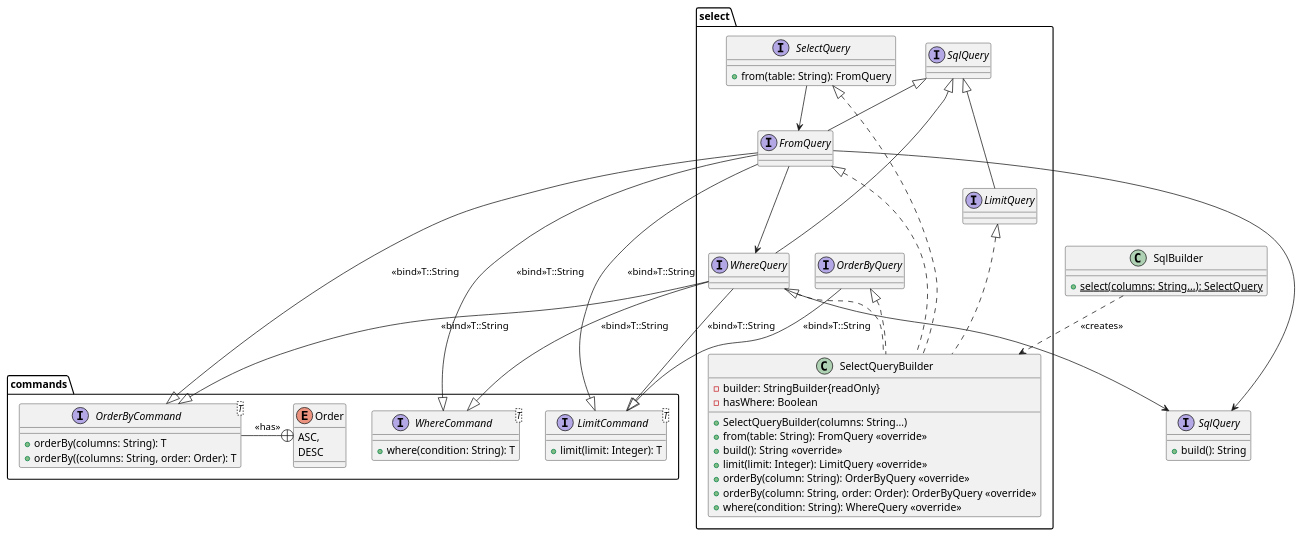
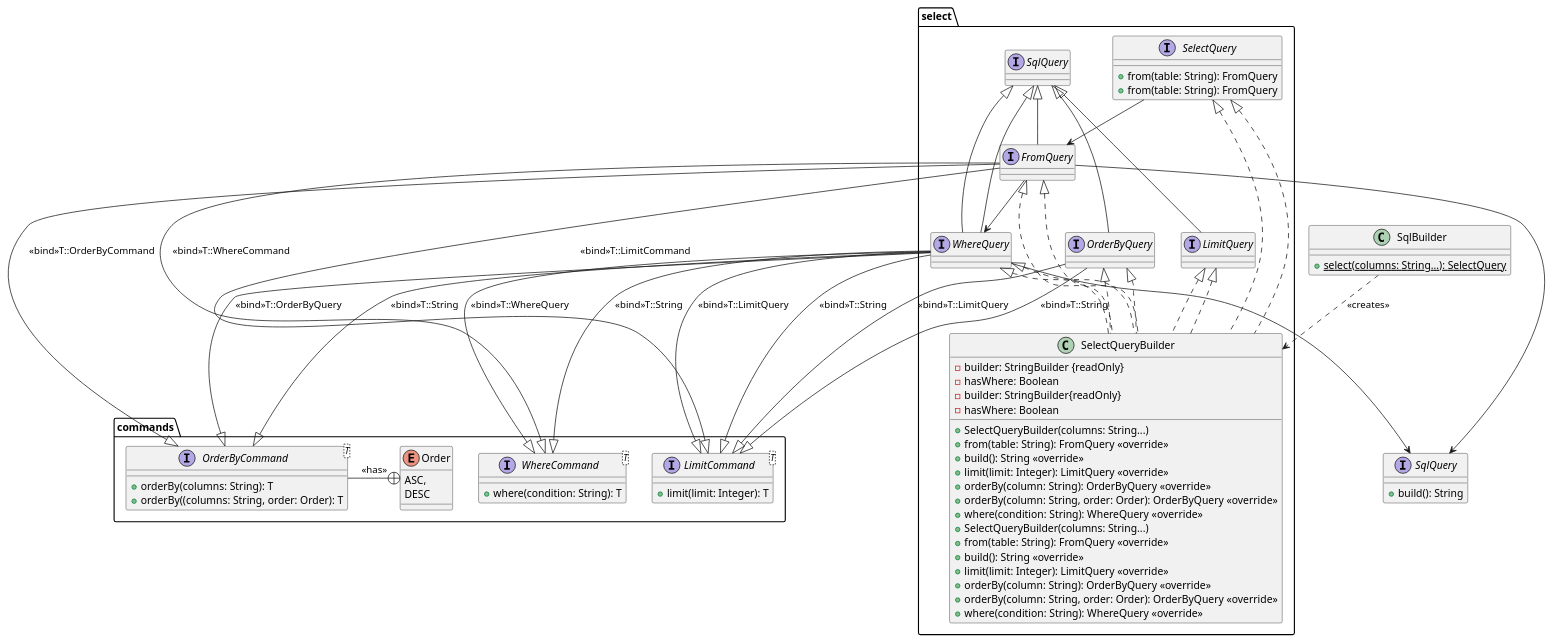
One commit to RedSkyi/SqlBuilder changed the diagram in uml/class.puml. Above: the diagram before and after it, drawn with PlantUML.

Commit message:
Reorder declarations and fix binds in diagram

```diff
--- a/uml/class.puml
+++ b/uml/class.puml
@@ -1,77 +1,103 @@
 @startuml
 
 
 'https://plantuml.com/class-diagram
 
 package commands {
 
     interface WhereCommand<T> {
        +where(condition: String): T
     }
 
     interface LimitCommand<T>{
         +limit(limit: Integer): T
     }
 
     interface OrderByCommand<T> {
         +orderBy(columns: String): T
         +orderBy((columns: String, order: Order): T
     }
     OrderByCommand -+ Order : <<has>>
 
     enum Order {
         ASC,
         DESC
     }
 }
 
 package select {
-    FromQuery --|> WhereCommand : <<bind>>T::String
-    FromQuery --|> OrderByCommand : <<bind>>T::String
-    FromQuery --|> LimitCommand : <<bind>>T::String
+    class SelectQueryBuilder implements SelectQuery, FromQuery, LimitQuery, OrderByQuery, WhereQuery {
+        -builder: StringBuilder {readOnly}
+        -hasWhere: Boolean
+        +SelectQueryBuilder(columns: String...)
+        +from(table: String): FromQuery <<override>>
+        +build(): String <<override>>
+        +limit(limit: Integer): LimitQuery <<override>>
+        +orderBy(column: String): OrderByQuery <<override>>
+        +orderBy(column: String, order: Order): OrderByQuery <<override>>
+        +where(condition: String): WhereQuery <<override>>
+    }
+
+    interface SelectQuery {
+        +from(table: String): FromQuery
+    }
+
     interface FromQuery extends SqlQuery
+    FromQuery --|> WhereCommand : <<bind>>T::WhereCommand
+    FromQuery --|> OrderByCommand : <<bind>>T::OrderByCommand
+    FromQuery --|> LimitCommand : <<bind>>T::LimitCommand
+
+    interface WhereQuery extends SqlQuery
+    WhereQuery --|> WhereCommand : <<bind>>T::WhereQuery
+    WhereQuery --|> OrderByCommand : <<bind>>T::OrderByQuery
+    WhereQuery --|> LimitCommand : <<bind>>T::LimitQuery
+
+    interface OrderByQuery extends SqlQuery
+    OrderByQuery --|> LimitCommand : <<bind>>T::LimitQuery
+
     interface LimitQuery extends SqlQuery
     OrderByQuery --|> LimitCommand : <<bind>>T::String
     interface OrderByQuery
     interface SelectQuery {
         +from(table: String): FromQuery
     }
 
     class SelectQueryBuilder implements SelectQuery, FromQuery, LimitQuery, OrderByQuery, WhereQuery {
         -builder: StringBuilder{readOnly}
         -hasWhere: Boolean
         +SelectQueryBuilder(columns: String...)
         +from(table: String): FromQuery <<override>>
         +build(): String <<override>>
         +limit(limit: Integer): LimitQuery <<override>>
         +orderBy(column: String): OrderByQuery <<override>>
         +orderBy(column: String, order: Order): OrderByQuery <<override>>
         +where(condition: String): WhereQuery <<override>>
     }
 
     WhereQuery --|> WhereCommand : <<bind>>T::String
     WhereQuery --|> OrderByCommand : <<bind>>T::String
     WhereQuery --|> LimitCommand : <<bind>>T::String
     interface WhereQuery extends SqlQuery
 
 }
+
 interface SqlQuery {
     +build(): String
 }
 
 class SqlBuilder{
     {static}+select(columns: String...): SelectQuery
 }
 
 
 SqlBuilder ..> SelectQueryBuilder: <<creates>>
 
 
 
 'Relation je suis pas sur'
 WhereQuery --> SqlQuery
 FromQuery --> SqlQuery
 FromQuery --> WhereQuery
 SelectQuery --> FromQuery
 
 @enduml
```
